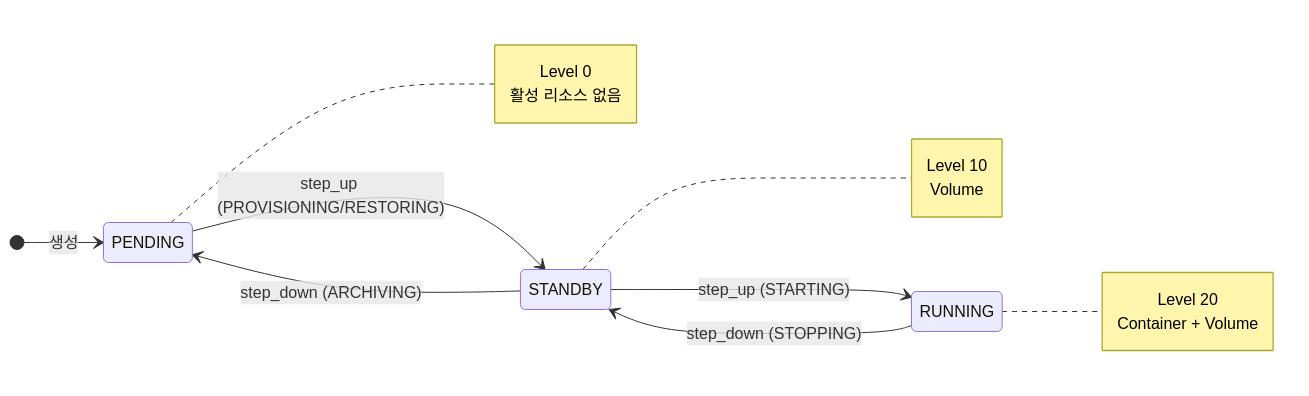
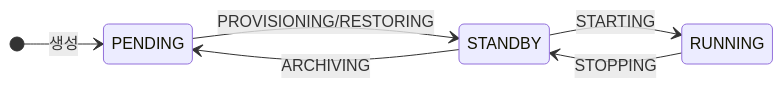
One commit to cagojeiger/code-hub changed the first of 6 diagrams in docs/spec_v2/states.md. Above: the diagram before and after it, drawn with Mermaid. The commit also changed other lines of this file and 14 other files, not shown here.

````diff
--- a/docs/spec_v2/states.md
+++ b/docs/spec_v2/states.md
@@ -138,16 +74,9 @@
 ```mermaid
 stateDiagram-v2
     direction LR
-
     [*] --> PENDING: 생성
-
-    PENDING --> STANDBY: step_up (PROVISIONING/RESTORING)
-    STANDBY --> RUNNING: step_up (STARTING)
-
-    RUNNING --> STANDBY: step_down (STOPPING)
-    STANDBY --> PENDING: step_down (ARCHIVING)
-
-    note right of PENDING: Level 0<br/>활성 리소스 없음
-    note right of STANDBY: Level 10<br/>Volume
-    note right of RUNNING: Level 20<br/>Container + Volume
+    PENDING --> STANDBY: PROVISIONING/RESTORING
+    STANDBY --> RUNNING: STARTING
+    RUNNING --> STANDBY: STOPPING
+    STANDBY --> PENDING: ARCHIVING
 ```
````
